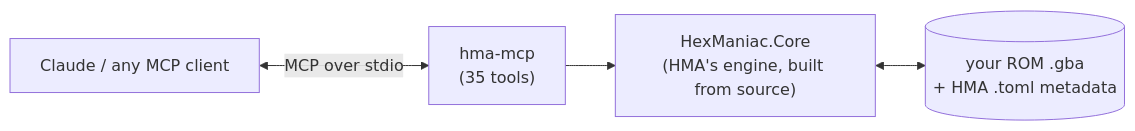
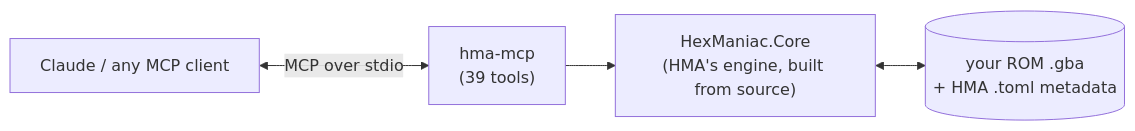
One commit to dewayneku/hma-mcp changed the diagram in README.md. Above: the diagram before and after it, drawn with Mermaid. The commit also changed other lines of this file and 13 other files, not shown here.

````diff
--- a/README.md
+++ b/README.md
@@ -145,6 +147,6 @@
 ```mermaid
 flowchart LR
-    A["Claude / any MCP client"] <-- "MCP over stdio" --> B["hma-mcp<br/>(35 tools)"]
+    A["Claude / any MCP client"] <-- "MCP over stdio" --> B["hma-mcp<br/>(39 tools)"]
     B --> C["HexManiac.Core<br/>(HMA's engine, built from source)"]
     C <--> D[("your ROM .gba<br/>+ HMA .toml metadata")]
 ```
````
